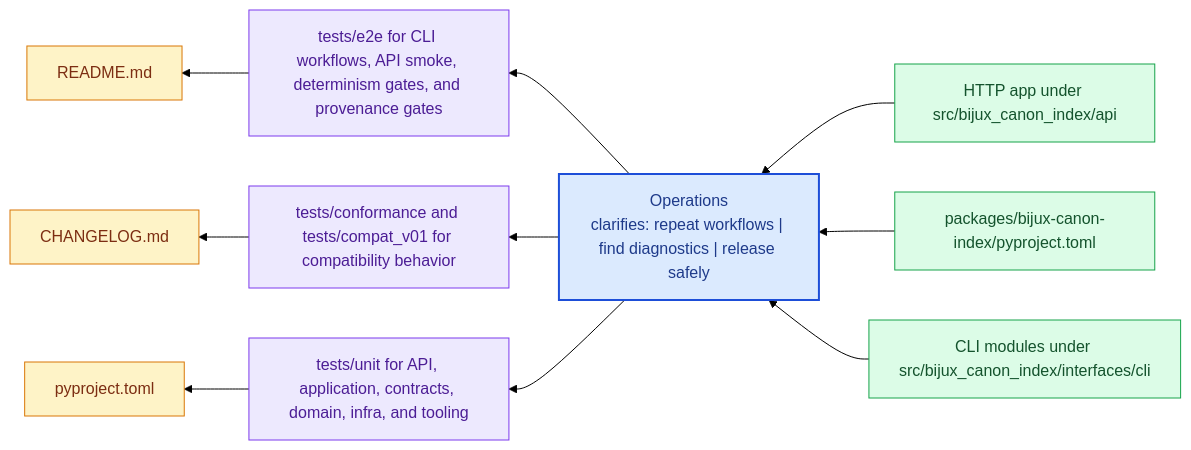
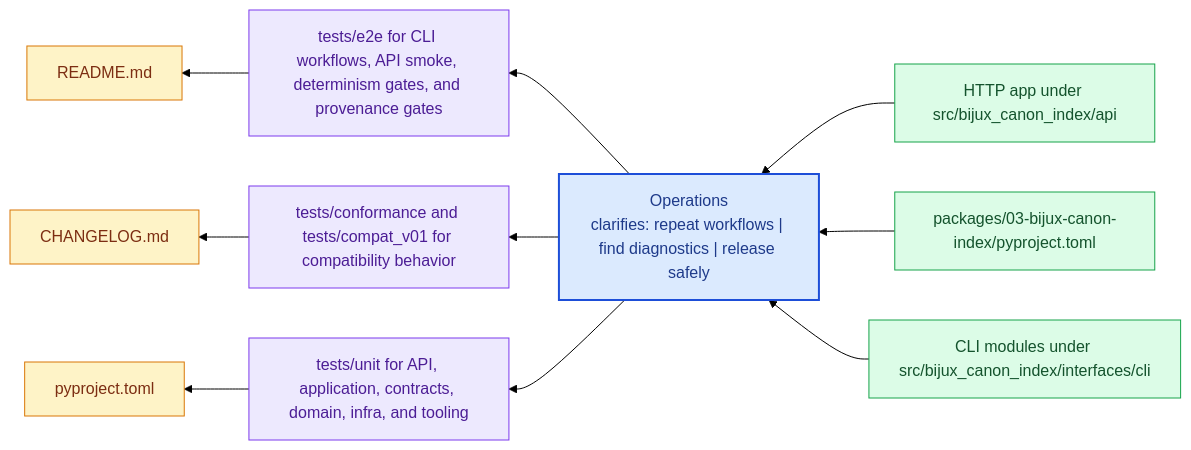
Before and after one commit to bijux/bijux-canon: the diagram in docs/03-bijux-canon-index/operations/index.md, drawn with Mermaid (forest theme). The commit also changed other lines of this file and 167 other files, not shown here.

````diff
--- a/docs/03-bijux-canon-index/operations/index.md
+++ b/docs/03-bijux-canon-index/operations/index.md
@@ -20,31 +20,31 @@
 ```mermaid
 flowchart RL
     page["Operations<br/>clarifies: repeat workflows | find diagnostics | release safely"]
     classDef page fill:#dbeafe,stroke:#1d4ed8,color:#1e3a8a,stroke-width:2px;
     classDef positive fill:#dcfce7,stroke:#16a34a,color:#14532d;
     classDef caution fill:#fee2e2,stroke:#dc2626,color:#7f1d1d;
     classDef anchor fill:#ede9fe,stroke:#7c3aed,color:#4c1d95;
     classDef action fill:#fef3c7,stroke:#d97706,color:#7c2d12;
     step1["HTTP app under src/bijux_canon_index/api"]
     step1 --> page
-    step2["packages/bijux-canon-index/pyproject.toml"]
+    step2["packages/03-bijux-canon-index/pyproject.toml"]
     step2 --> page
     step3["CLI modules under src/bijux_canon_index/interfaces/cli"]
     step3 --> page
     run1["tests/e2e for CLI workflows, API smoke, determinism gates, and provenance gates"]
     page --> run1
     run2["tests/conformance and tests/compat_v01 for compatibility behavior"]
     page --> run2
     run3["tests/unit for API, application, contracts, domain, infra, and tooling"]
     page --> run3
     release1["README.md"]
     run1 --> release1
     release2["CHANGELOG.md"]
     run2 --> release2
     release3["pyproject.toml"]
     run3 --> release3
     class page page;
     class step1,step2,step3 positive;
     class run1,run2,run3 anchor;
     class release1,release2,release3 action;
 ```
````
